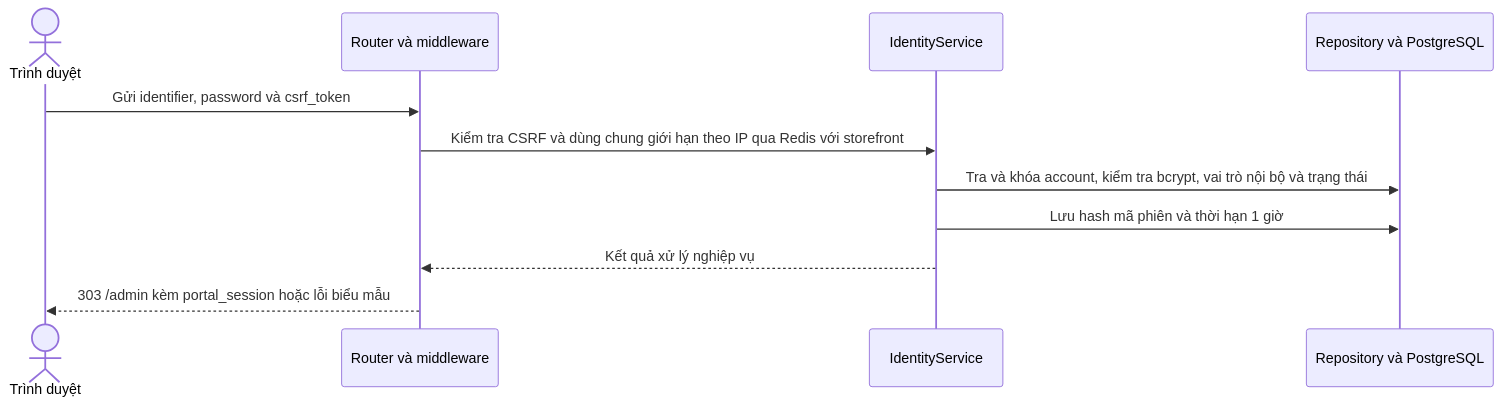
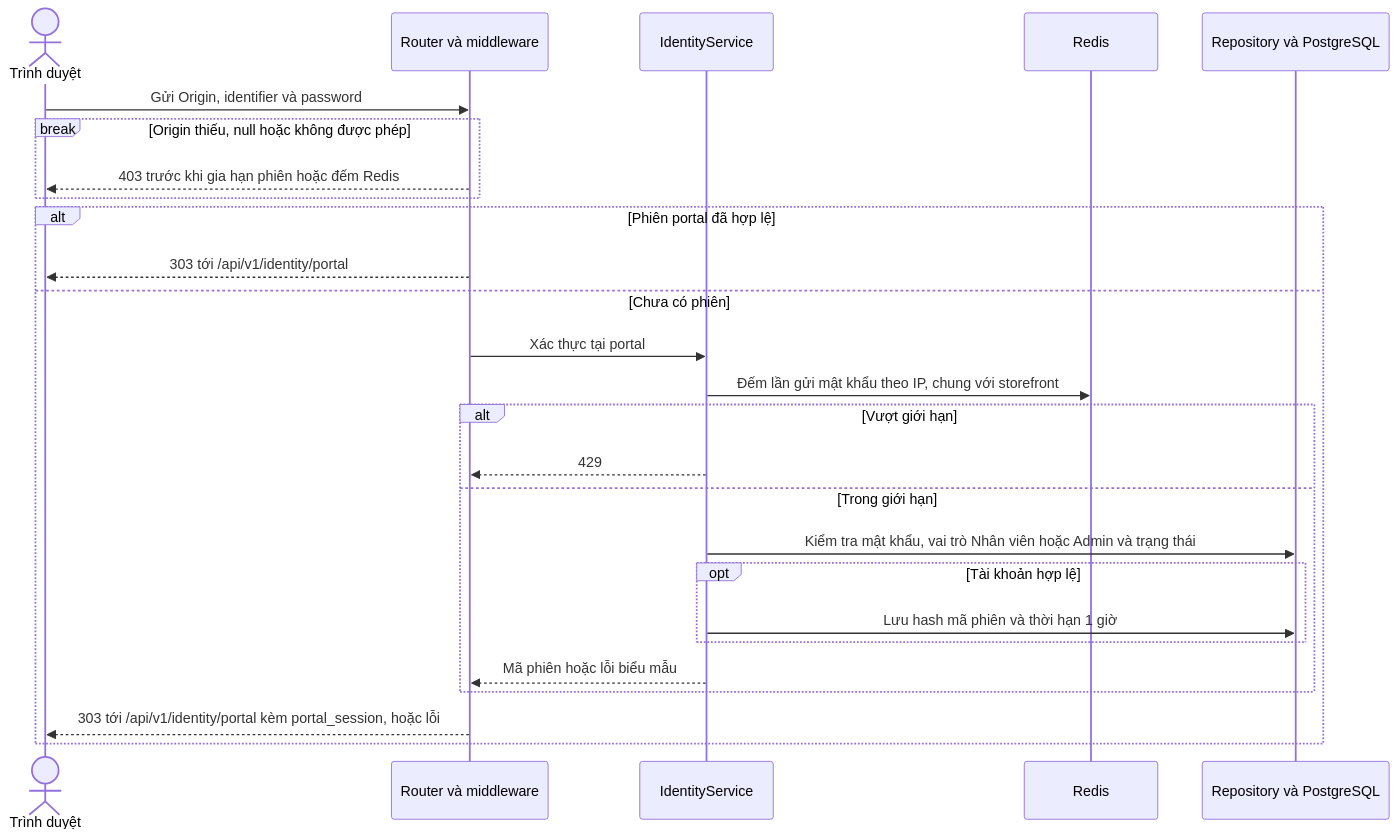
One commit to thanhklt/sobie-swimwear-e-commerce changed the diagram in docs/sequence/identity/post-admin-login.md. Above: the diagram before and after it, drawn with Mermaid. The commit also changed other lines of this file and 72 other files, not shown here.

````diff
--- a/docs/sequence/identity/post-admin-login.md
+++ b/docs/sequence/identity/post-admin-login.md
@@ -5,13 +5,28 @@
 ```mermaid
 sequenceDiagram
     actor Browser as Trình duyệt
     participant Route as Router và middleware
     participant Service as IdentityService
+    participant Redis
     participant Data as Repository và PostgreSQL
-    Browser->>Route: Gửi identifier, password và csrf_token
-    Route->>Service: Kiểm tra CSRF và dùng chung giới hạn theo IP qua Redis với storefront
-    Service->>Data: Tra và khóa account, kiểm tra bcrypt, vai trò nội bộ và trạng thái
-    Service->>Data: Lưu hash mã phiên và thời hạn 1 giờ
-    Service-->>Route: Kết quả xử lý nghiệp vụ
-    Route-->>Browser: 303 /admin kèm portal_session hoặc lỗi biểu mẫu
+    Browser->>Route: Gửi Origin, identifier và password
+    break Origin thiếu, null hoặc không được phép
+        Route-->>Browser: 403 trước khi gia hạn phiên hoặc đếm Redis
+    end
+    alt Phiên portal đã hợp lệ
+        Route-->>Browser: 303 tới /api/v1/identity/portal
+    else Chưa có phiên
+        Route->>Service: Xác thực tại portal
+        Service->>Redis: Đếm lần gửi mật khẩu theo IP, chung với storefront
+        alt Vượt giới hạn
+            Service-->>Route: 429
+        else Trong giới hạn
+            Service->>Data: Kiểm tra mật khẩu, vai trò Nhân viên hoặc Admin và trạng thái
+            opt Tài khoản hợp lệ
+                Service->>Data: Lưu hash mã phiên và thời hạn 1 giờ
+            end
+            Service-->>Route: Mã phiên hoặc lỗi biểu mẫu
+        end
+        Route-->>Browser: 303 tới /api/v1/identity/portal kèm portal_session, hoặc lỗi
+    end
 ```
````
